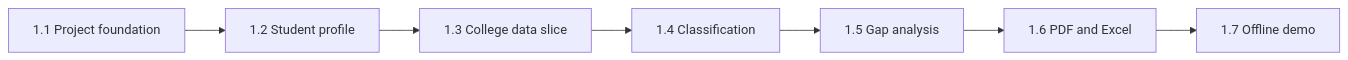
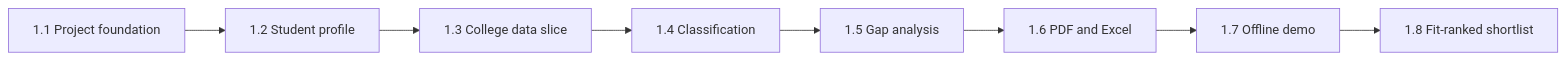
Before and after one commit to vijendharv/USCollegeSelection: the second of 2 diagrams in ARCHITECTURE.md, drawn with Mermaid. The commit also changed other lines of this file and 2 other files, not shown here.

Commit message:
Plan fit-ranked shortlist milestone

````diff
--- a/ARCHITECTURE.md
+++ b/ARCHITECTURE.md
@@ -428,9 +428,10 @@
 ```mermaid
 flowchart LR
     M1["1.1 Project foundation"] --> M2["1.2 Student profile"]
     M2 --> M3["1.3 College data slice"]
     M3 --> M4["1.4 Classification"]
     M4 --> M5["1.5 Gap analysis"]
     M5 --> M6["1.6 PDF and Excel"]
     M6 --> M7["1.7 Offline demo"]
+    M7 --> M8["1.8 Fit-ranked shortlist"]
 ```
````
